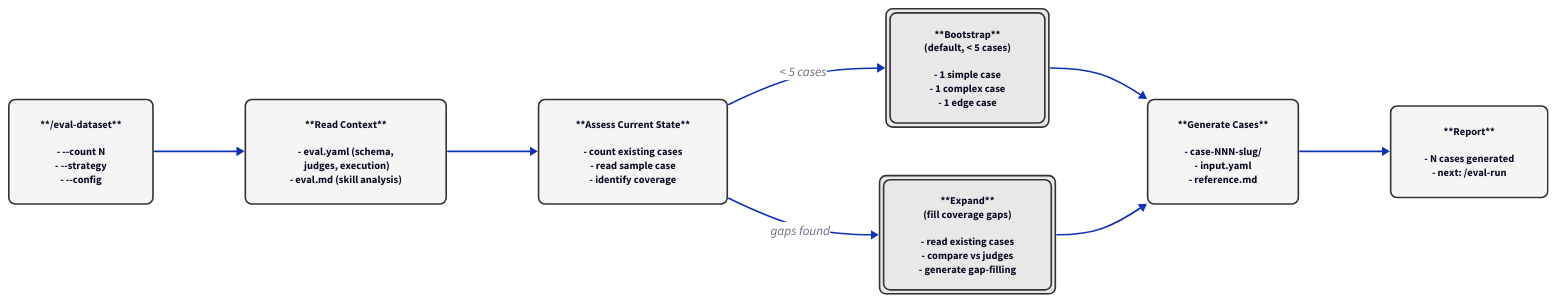
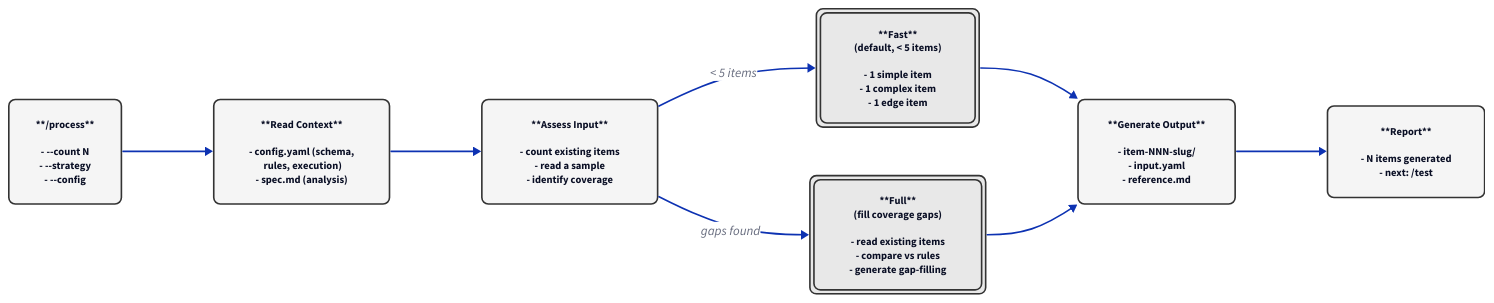
Before and after one commit to astefanutti/diagram-skills: diagram 19 of 19 in skills/skill-diagram/prompts/d2-conventions.md, drawn with D2. The commit also changed other lines of this file and 3 other files, not shown here.

````diff
--- a/skills/skill-diagram/prompts/d2-conventions.md
+++ b/skills/skill-diagram/prompts/d2-conventions.md
@@ -336,7 +337,7 @@
 # --- Entry ---
 
 args: |md
-  **/eval-dataset**
+  **/process**
 
   - --count N
   - --strategy
@@ -353,9 +354,9 @@
 read-config: |md
   **Read Context**
 
-  - eval.yaml (schema,
-    judges, execution)
-  - eval.md (skill analysis)
+  - config.yaml (schema,
+    rules, execution)
+  - spec.md (analysis)
 | {
   shape: rectangle
   style.fill: "#f5f5f5"
@@ -366,10 +367,10 @@
 # --- Assessment ---
 
 assess: |md
-  **Assess Current State**
+  **Assess Input**
 
-  - count existing cases
-  - read sample case
+  - count existing items
+  - read a sample
   - identify coverage
 | {
   shape: rectangle
@@ -380,13 +381,13 @@
 
 # --- Strategies (fan-out) ---
 
-bootstrap: |md
-  **Bootstrap**
-  (default, < 5 cases)
+fast: |md
+  **Fast**
+  (default, < 5 items)
 
-  - 1 simple case
-  - 1 complex case
-  - 1 edge case
+  - 1 simple item
+  - 1 complex item
+  - 1 edge item
 | {
   shape: rectangle
   style.fill: "#e8e8e8"
@@ -395,12 +396,12 @@
   style.double-border: true
 }
 
-expand: |md
-  **Expand**
+full: |md
+  **Full**
   (fill coverage gaps)
 
-  - read existing cases
-  - compare vs judges
+  - read existing items
+  - compare vs rules
   - generate gap-filling
 | {
   shape: rectangle
@@ -413,9 +414,9 @@
 # --- Output ---
 
 generate: |md
-  **Generate Cases**
+  **Generate Output**
 
-  - case-NNN-slug/
+  - item-NNN-slug/
   - input.yaml
   - reference.md
 | {
@@ -428,8 +429,8 @@
 report: |md
   **Report**
 
-  - N cases generated
-  - next: /eval-run
+  - N items generated
+  - next: /test
 | {
   shape: rectangle
   style.fill: "#f5f5f5"
@@ -442,11 +443,11 @@
 args -> read-config
 read-config -> assess
 
-assess -> bootstrap: "< 5 cases"
-assess -> expand: "gaps found"
+assess -> fast: "< 5 items"
+assess -> full: "gaps found"
 
-bootstrap -> generate
-expand -> generate
+fast -> generate
+full -> generate
 
 generate -> report
 ```
````
